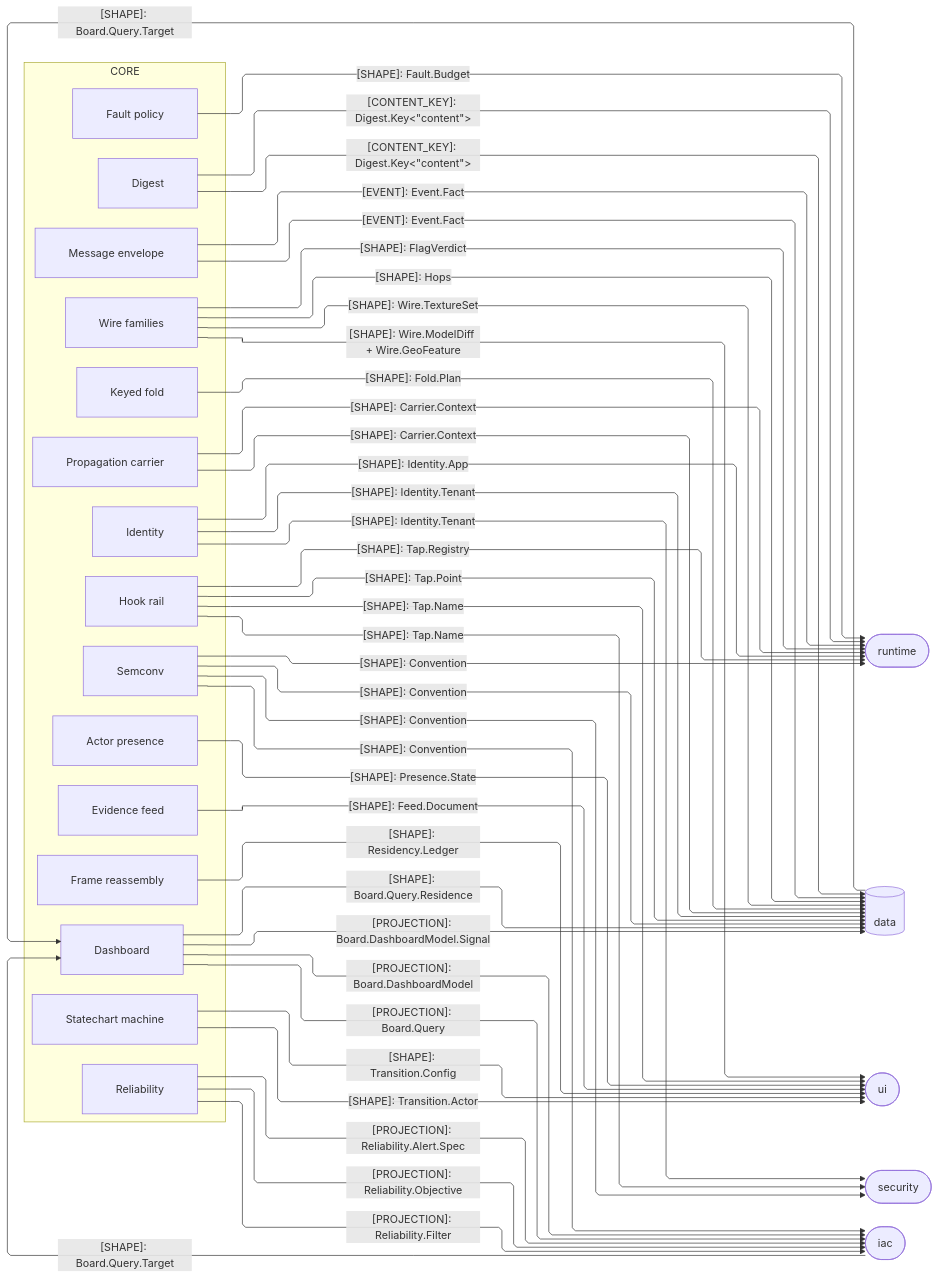
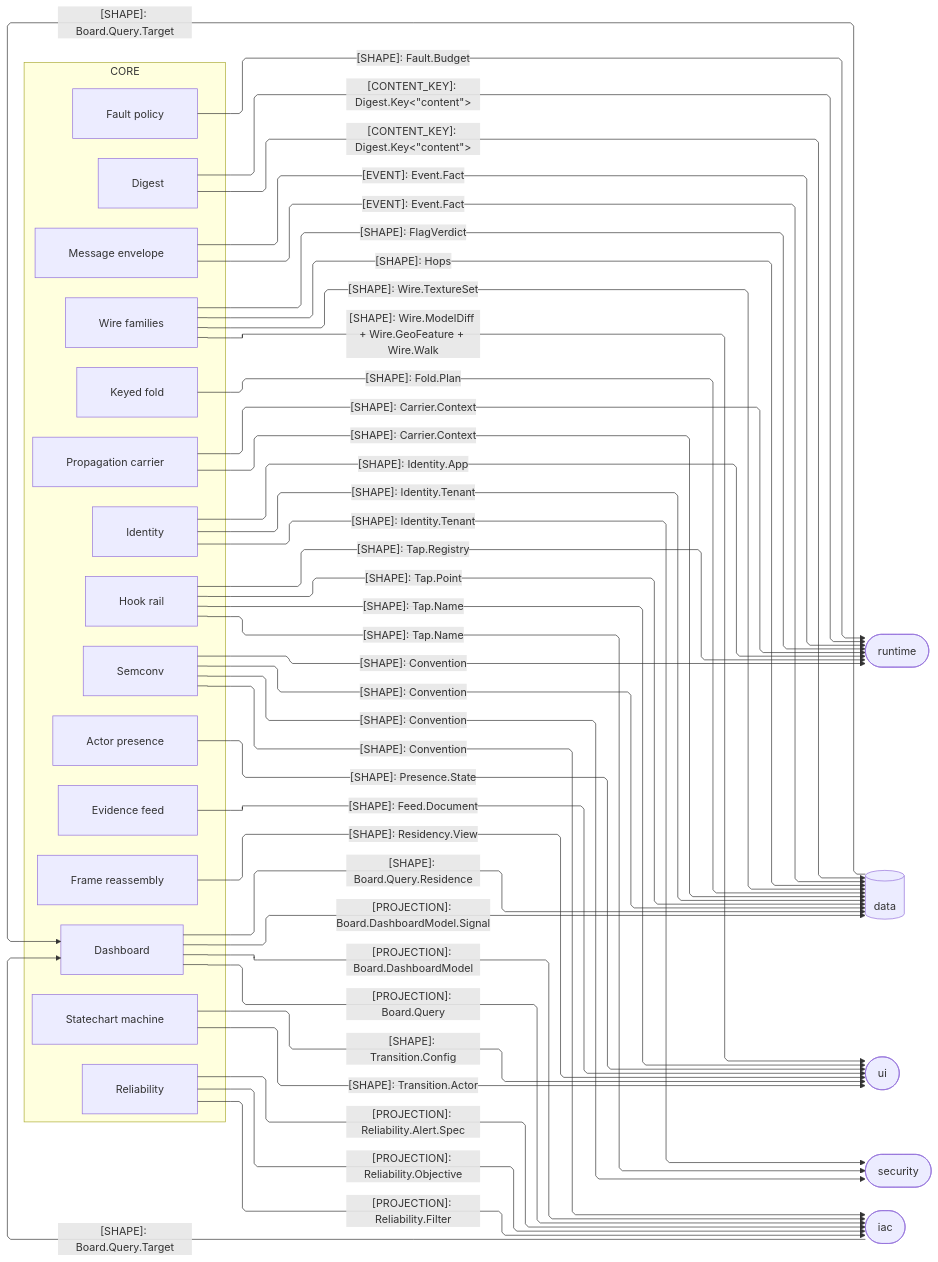
Before and after one commit to bsamiee/Rasm: the third of 4 diagrams in libs/typescript/core/ARCHITECTURE.md, drawn with Mermaid. The commit also changed other lines of this file and 272 other files, not shown here.

````diff
--- a/libs/typescript/core/ARCHITECTURE.md
+++ b/libs/typescript/core/ARCHITECTURE.md
@@ -176,71 +176,71 @@
 ```mermaid
 ---
 config:
   layout: elk
   flowchart:
     curve: linear
     padding: 25
 ---
 flowchart LR
     accTitle: Core TypeScript sibling seam registry
     accDescr: Which core-owned shapes each sibling folder consumes, and which query targets the olap and operate owners hand back to Board.
     subgraph core[CORE]
         Digest[Digest]
         Wire[Wire families]
         Frame[Frame reassembly]
         Fold[Keyed fold]
         Feed[Evidence feed]
         Identity[Identity]
         Fault[Fault policy]
         Convention[Semconv]
         Reliability[Reliability]
         Board[Dashboard]
         Tap[Hook rail]
         Carrier[Propagation carrier]
         Event[Message envelope]
         Transition[Statechart machine]
         Presence[Actor presence]
     end
     Runtime([runtime])
     Data[(data)]
     Ui([ui])
     Security([security])
     Iac([iac])
     Digest e1@-->|"[CONTENT_KEY]: Digest.Key&lt;&quot;content&quot;&gt;"| Data
     Digest e2@-->|"[CONTENT_KEY]: Digest.Key&lt;&quot;content&quot;&gt;"| Runtime
     Wire e3@-->|"[SHAPE]: FlagVerdict"| Runtime
-    Wire e4@-->|"[SHAPE]: Wire.ModelDiff + Wire.GeoFeature"| Ui
+    Wire e4@-->|"[SHAPE]: Wire.ModelDiff + Wire.GeoFeature + Wire.Walk"| Ui
     Wire e5@-->|"[SHAPE]: Hops"| Data
     Wire e6@-->|"[SHAPE]: Wire.TextureSet"| Data
     Fold e7@-->|"[SHAPE]: Fold.Plan"| Data
     Feed e8@-->|"[SHAPE]: Feed.Document"| Ui
     Identity e9@-->|"[SHAPE]: Identity.Tenant"| Security
     Identity e10@-->|"[SHAPE]: Identity.Tenant"| Data
     Identity e11@-->|"[SHAPE]: Identity.App"| Runtime
     Fault e12@-->|"[SHAPE]: Fault.Budget"| Runtime
     Convention e13@-->|"[SHAPE]: Convention"| Runtime
     Convention e14@-->|"[SHAPE]: Convention"| Data
     Convention e15@-->|"[SHAPE]: Convention"| Security
     Convention e16@-->|"[SHAPE]: Convention"| Iac
     Board e17@-->|"[PROJECTION]: Board.DashboardModel"| Iac
     Board e18@-->|"[PROJECTION]: Board.Query"| Iac
     Board e19@-->|"[SHAPE]: Board.Query.Residence"| Data
     Board e20@-->|"[PROJECTION]: Board.DashboardModel.Signal"| Data
     Reliability e21@-->|"[PROJECTION]: Reliability.Alert.Spec"| Iac
     Reliability e22@-->|"[PROJECTION]: Reliability.Objective"| Iac
     Reliability e23@-->|"[PROJECTION]: Reliability.Filter"| Iac
-    Frame e24@-->|"[SHAPE]: Residency.Ledger"| Ui
+    Frame e24@-->|"[SHAPE]: Residency.View"| Ui
     Tap e25@-->|"[SHAPE]: Tap.Registry"| Runtime
     Tap e26@-->|"[SHAPE]: Tap.Point"| Data
     Tap e27@-->|"[SHAPE]: Tap.Name"| Ui
     Tap e28@-->|"[SHAPE]: Tap.Name"| Security
     Carrier e29@-->|"[SHAPE]: Carrier.Context"| Runtime
     Carrier e30@-->|"[SHAPE]: Carrier.Context"| Data
     Event e31@-->|"[EVENT]: Event.Fact"| Data
     Event e32@-->|"[EVENT]: Event.Fact"| Runtime
     Transition e33@-->|"[SHAPE]: Transition.Config"| Ui
     Transition e34@-->|"[SHAPE]: Transition.Actor"| Ui
     Presence e35@-->|"[SHAPE]: Presence.State"| Ui
     Data e36@-->|"[SHAPE]: Board.Query.Target"| Board
     Iac e37@-->|"[SHAPE]: Board.Query.Target"| Board
 ```
````
